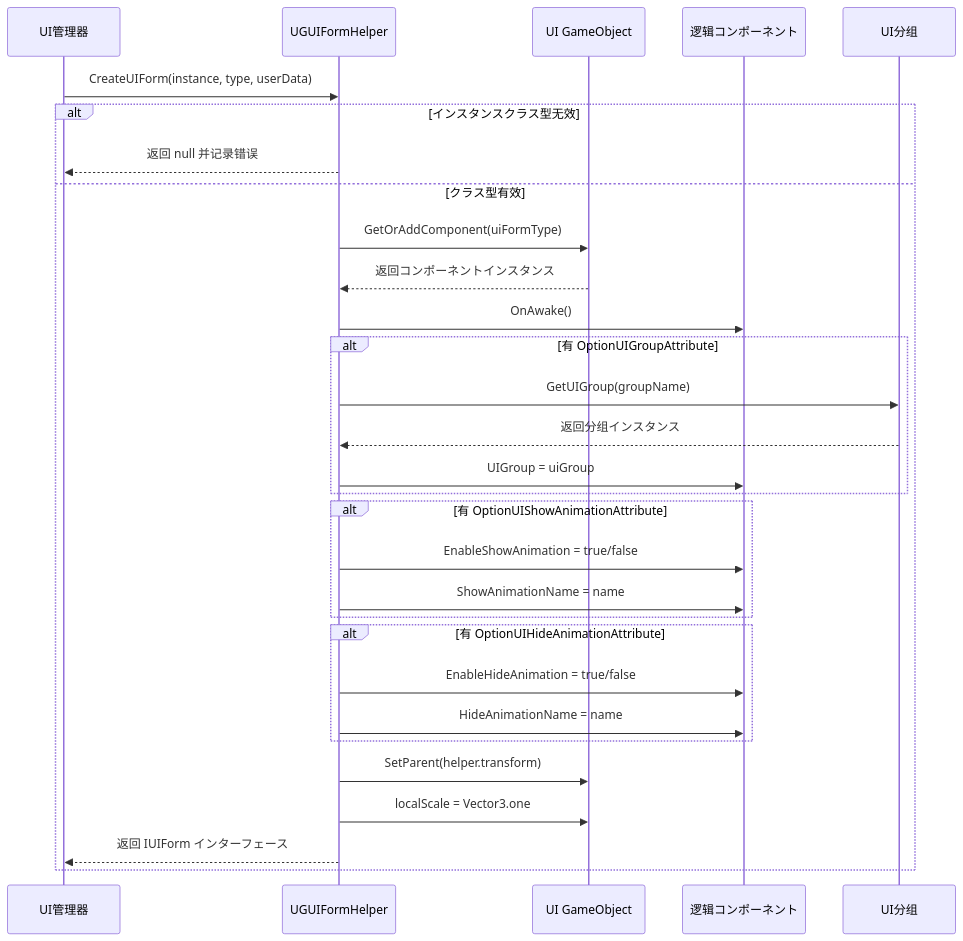
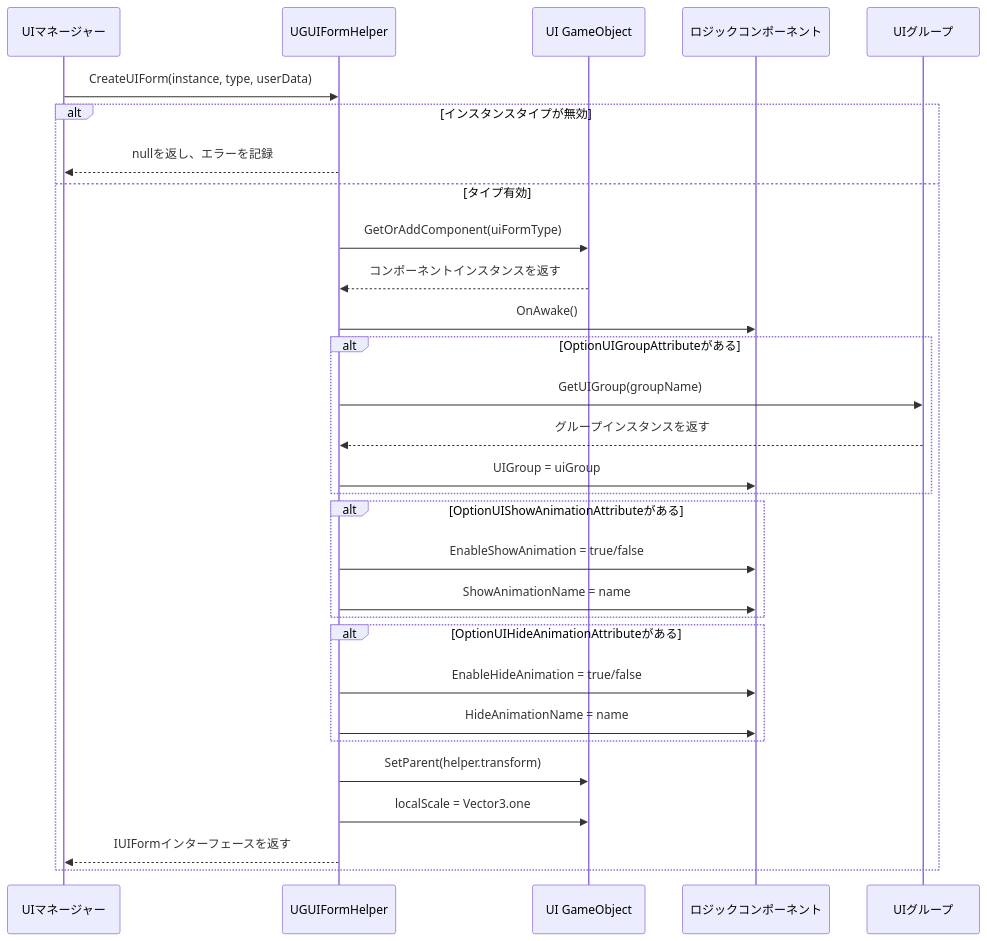
One commit to AlianBlank/GameFrameX.Docs changed the second of 2 diagrams in docs/ja/client/unity/component/ui-ugui/08.form-helper.md. Above: the diagram before and after it, drawn with Mermaid. The commit also changed other lines of this file and 320 other files, not shown here.

````diff
--- a/docs/ja/client/unity/component/ui-ugui/08.form-helper.md
+++ b/docs/ja/client/unity/component/ui-ugui/08.form-helper.md
@@ -144,39 +144,39 @@
 ```mermaid
 sequenceDiagram
-    participant UIMgr as UI管理器
+    participant UIMgr as UIマネージャー
     participant Helper as UGUIFormHelper
     participant GameObject as UI GameObject
-    participant Component as 逻辑コンポーネント
-    participant UIGroup as UI分组
+    participant Component as ロジックコンポーネント
+    participant UIGroup as UIグループ
 
     UIMgr->>Helper: CreateUIForm(instance, type, userData)
-    
-    alt インスタンスクラス型无效
-        Helper-->>UIMgr: 返回 null 并记录错误
-    else クラス型有效
+
+    alt インスタンスタイプが無効
+        Helper-->>UIMgr: nullを返し、エラーを記録
+    else タイプ有効
         Helper->>GameObject: GetOrAddComponent(uiFormType)
-        GameObject-->>Helper: 返回コンポーネントインスタンス
-        
+        GameObject-->>Helper: コンポーネントインスタンスを返す
+
         Helper->>Component: OnAwake()
-        
-        alt 有 OptionUIGroupAttribute
+
+        alt OptionUIGroupAttributeがある
             Helper->>UIGroup: GetUIGroup(groupName)
-            UIGroup-->>Helper: 返回分组インスタンス
+            UIGroup-->>Helper: グループインスタンスを返す
             Helper->>Component: UIGroup = uiGroup
         end
-        
-        alt 有 OptionUIShowAnimationAttribute
+
+        alt OptionUIShowAnimationAttributeがある
             Helper->>Component: EnableShowAnimation = true/false
             Helper->>Component: ShowAnimationName = name
         end
-        
-        alt 有 OptionUIHideAnimationAttribute
+
+        alt OptionUIHideAnimationAttributeがある
             Helper->>Component: EnableHideAnimation = true/false
             Helper->>Component: HideAnimationName = name
         end
-        
+
         Helper->>GameObject: SetParent(helper.transform)
         Helper->>GameObject: localScale = Vector3.one
-        Helper-->>UIMgr: 返回 IUIForm インターフェース
+        Helper-->>UIMgr: IUIFormインターフェースを返す
     end
 ```
````
